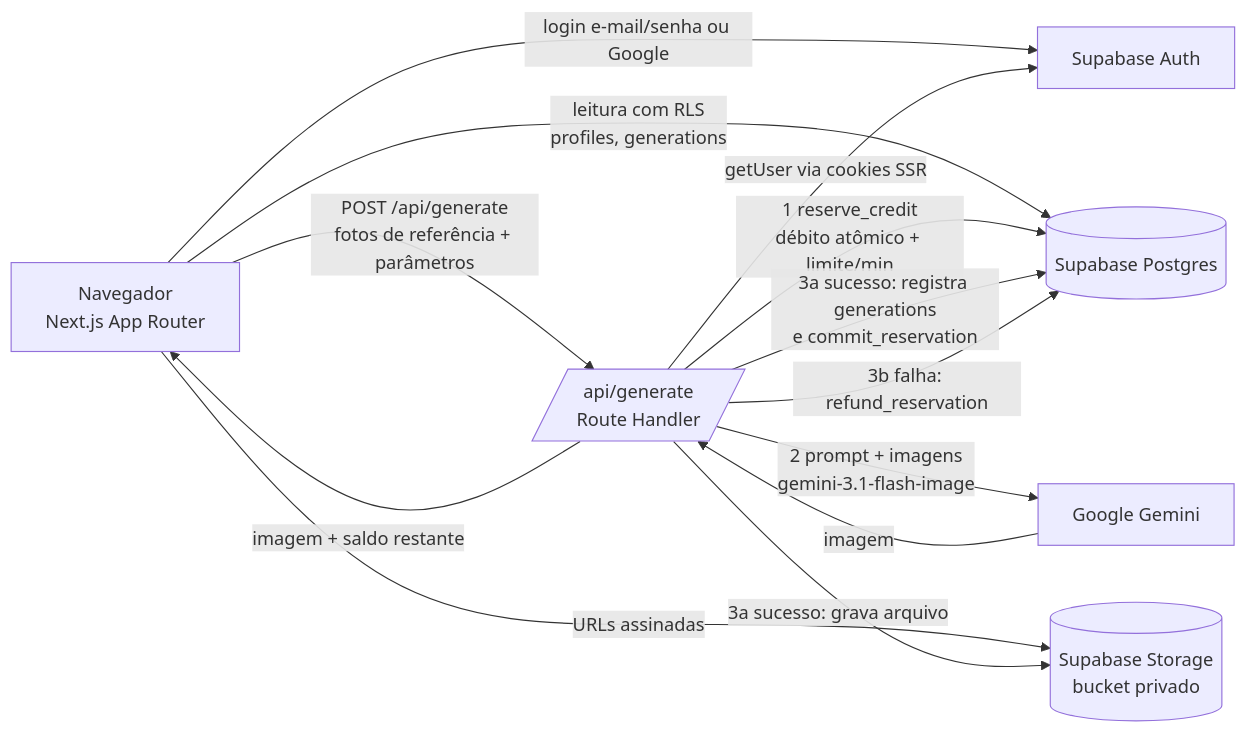
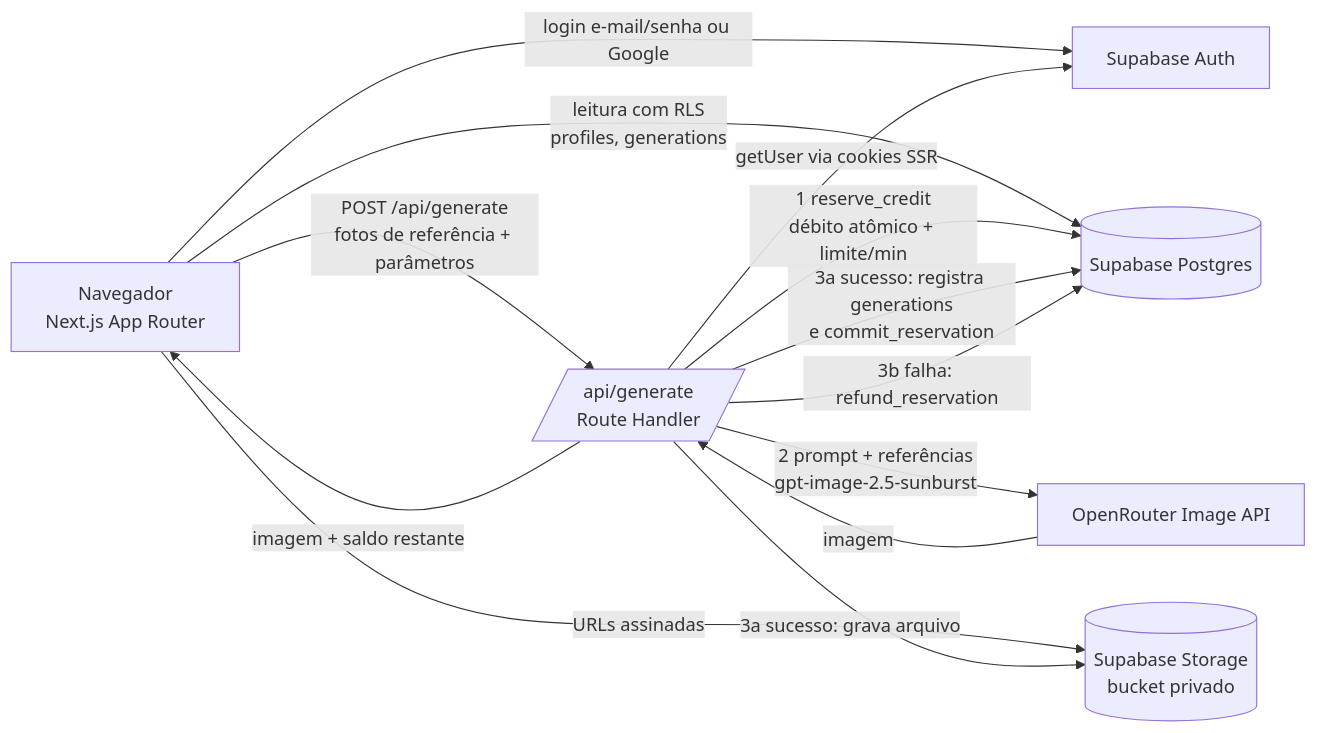
The diagram in README.md (diaquinodev/estudio-fotos-marketplace), drawn with Mermaid before and after one commit. The commit also changed other lines of this file and 16 other files, not shown here.

Commit message:
fix(provider): protege geração OpenRouter

````diff
--- a/README.md
+++ b/README.md
@@ -35,16 +35,16 @@
 ```mermaid
 flowchart LR
   U[Navegador<br/>Next.js App Router] -->|login e-mail/senha ou Google| SA[Supabase Auth]
   U -->|POST /api/generate<br/>fotos de referência + parâmetros| G[/api/generate<br/>Route Handler/]
   U -->|leitura com RLS<br/>profiles, generations| DB[(Supabase Postgres)]
   U -->|URLs assinadas| ST[(Supabase Storage<br/>bucket privado)]
 
   G -->|getUser via cookies SSR| SA
   G -->|1 reserve_credit<br/>débito atômico + limite/min| DB
-  G -->|2 prompt + imagens<br/>gemini-3.1-flash-image| GM[Google Gemini]
+  G -->|2 prompt + referências<br/>gpt-image-2.5-sunburst| GM[OpenRouter Image API]
   GM -->|imagem| G
   G -->|3a sucesso: grava arquivo| ST
   G -->|3a sucesso: registra generations<br/>e commit_reservation| DB
   G -->|3b falha: refund_reservation| DB
   G -->|imagem + saldo restante| U
 ```
````
